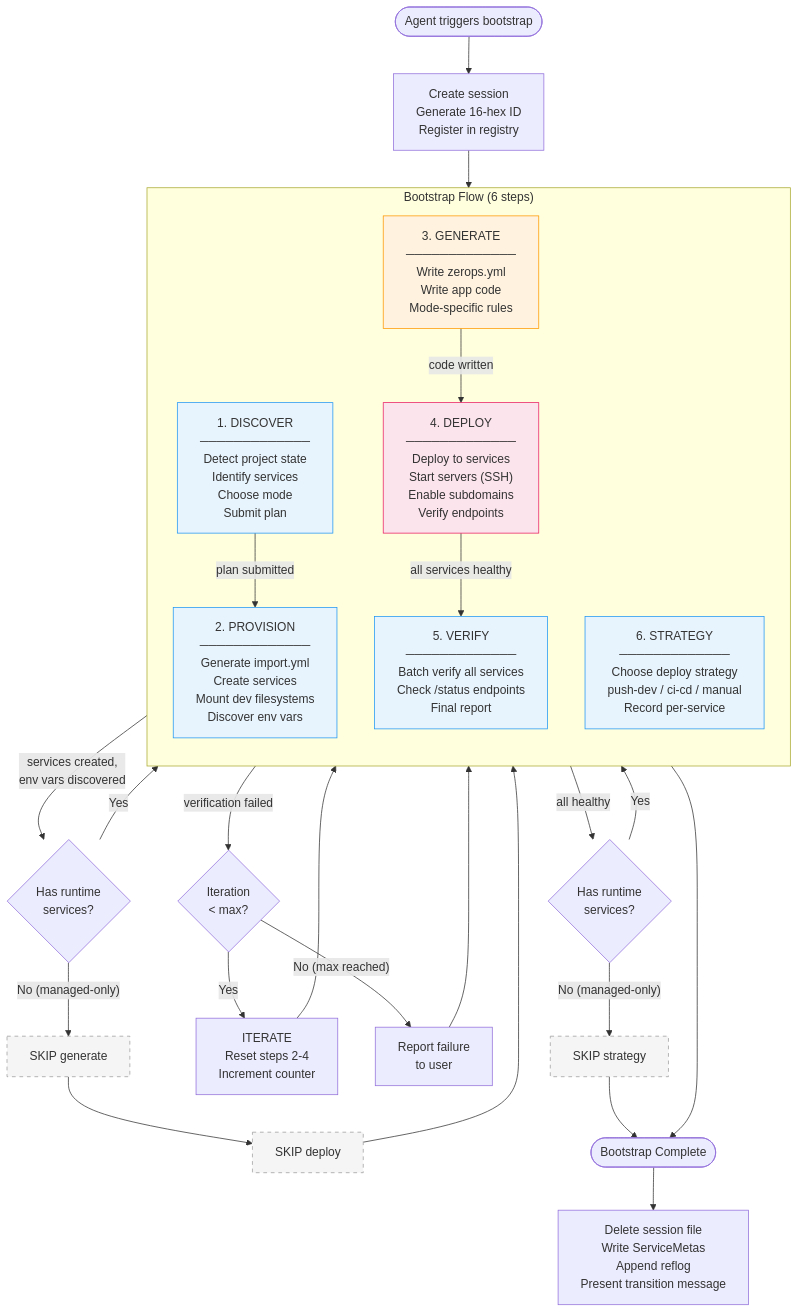
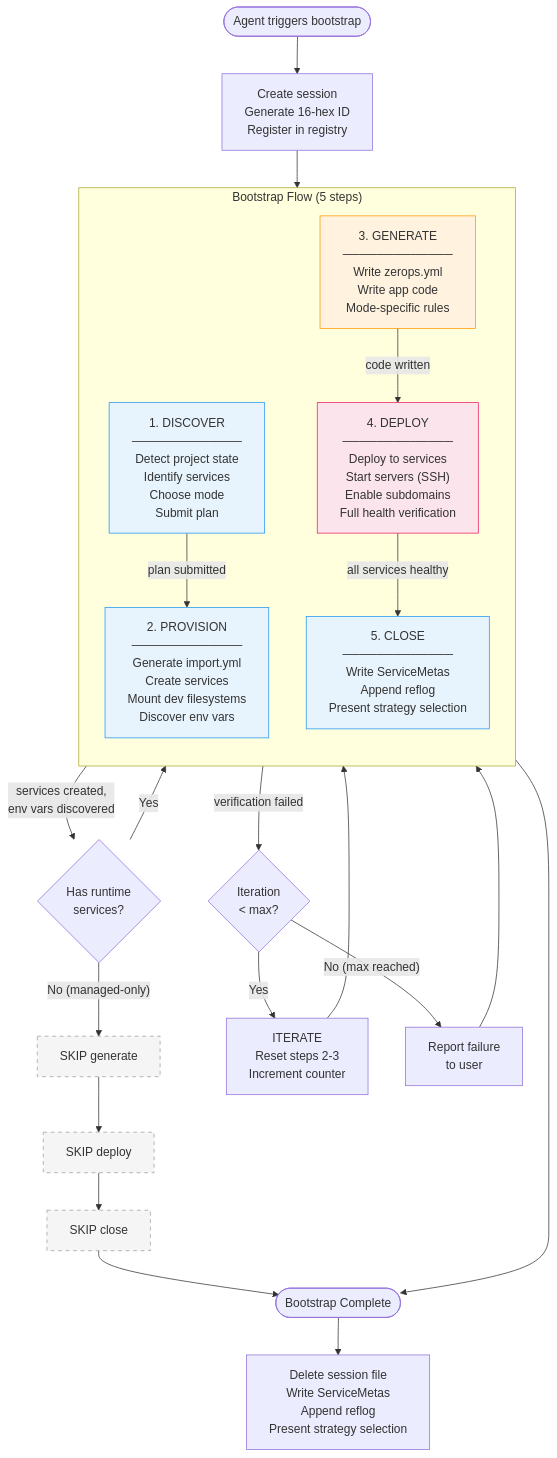
One commit to zeropsio/zcp changed the second of 8 diagrams in docs/spec-bootstrap-deploy.md. Above: the diagram before and after it, drawn with Mermaid. The commit also changed other lines of this file and 1 other file, not shown here.

First line of the commit message:
docs: update spec to 5-step bootstrap, add strategy gate, simplify plan

````diff
--- a/docs/spec-bootstrap-deploy.md
+++ b/docs/spec-bootstrap-deploy.md
@@ -72,56 +73,49 @@
 ```mermaid
 flowchart TD
     Start([Agent triggers bootstrap]) --> CreateSession["Create session<br/>Generate 16-hex ID<br/>Register in registry"]
     CreateSession --> Discover
 
-    subgraph Bootstrap ["Bootstrap Flow (6 steps)"]
+    subgraph Bootstrap ["Bootstrap Flow (5 steps)"]
         direction TB
         Discover["1. DISCOVER<br/>─────────────<br/>Detect project state<br/>Identify services<br/>Choose mode<br/>Submit plan"]
 
         Provision["2. PROVISION<br/>─────────────<br/>Generate import.yml<br/>Create services<br/>Mount dev filesystems<br/>Discover env vars"]
 
         Generate["3. GENERATE<br/>─────────────<br/>Write zerops.yml<br/>Write app code<br/>Mode-specific rules"]
 
-        Deploy["4. DEPLOY<br/>─────────────<br/>Deploy to services<br/>Start servers (SSH)<br/>Enable subdomains<br/>Verify endpoints"]
+        Deploy["4. DEPLOY<br/>─────────────<br/>Deploy to services<br/>Start servers (SSH)<br/>Enable subdomains<br/>Full health verification"]
 
-        Verify["5. VERIFY<br/>─────────────<br/>Batch verify all services<br/>Check /status endpoints<br/>Final report"]
-
-        Strategy["6. STRATEGY<br/>─────────────<br/>Choose deploy strategy<br/>push-dev / ci-cd / manual<br/>Record per-service"]
+        Close["5. CLOSE<br/>─────────────<br/>Write ServiceMetas<br/>Append reflog<br/>Present strategy selection"]
     end
 
     Discover -->|"plan submitted"| Provision
     Provision -->|"services created,<br/>env vars discovered"| ModeCheck{Has runtime<br/>services?}
 
     ModeCheck -->|Yes| Generate
     ModeCheck -->|"No (managed-only)"| SkipGen["SKIP generate"]
     SkipGen --> SkipDeploy["SKIP deploy"]
-    SkipDeploy --> Verify
+    SkipDeploy --> SkipClose["SKIP close"]
 
     Generate -->|"code written"| Deploy
-    Deploy -->|"all services healthy"| Verify
+    Deploy -->|"all services healthy"| Close
 
     Deploy -->|"verification failed"| IterCheck{Iteration<br/>< max?}
-    IterCheck -->|Yes| Iterate["ITERATE<br/>Reset steps 2-4<br/>Increment counter"]
+    IterCheck -->|Yes| Iterate["ITERATE<br/>Reset steps 2-3<br/>Increment counter"]
     Iterate --> Generate
     IterCheck -->|"No (max reached)"| FailReport["Report failure<br/>to user"]
-    FailReport --> Verify
+    FailReport --> Close
 
-    Verify -->|"all healthy"| StratCheck{Has runtime<br/>services?}
-    StratCheck -->|Yes| Strategy
-    StratCheck -->|"No (managed-only)"| SkipStrat["SKIP strategy"]
+    SkipClose --> Complete
+    Close --> Complete
 
-    Strategy --> Complete
-    SkipStrat --> Complete
-
-    Complete([Bootstrap Complete]) --> Cleanup["Delete session file<br/>Write ServiceMetas<br/>Append reflog<br/>Present transition message"]
+    Complete([Bootstrap Complete]) --> Cleanup["Delete session file<br/>Write ServiceMetas<br/>Append reflog<br/>Present strategy selection"]
 
     style Discover fill:#e8f4fd,stroke:#2196F3
     style Provision fill:#e8f4fd,stroke:#2196F3
     style Generate fill:#fff3e0,stroke:#FF9800
     style Deploy fill:#fce4ec,stroke:#E91E63
-    style Verify fill:#e8f4fd,stroke:#2196F3
-    style Strategy fill:#e8f4fd,stroke:#2196F3
+    style Close fill:#e8f4fd,stroke:#2196F3
     style SkipGen fill:#f5f5f5,stroke:#9e9e9e,stroke-dasharray: 5 5
     style SkipDeploy fill:#f5f5f5,stroke:#9e9e9e,stroke-dasharray: 5 5
-    style SkipStrat fill:#f5f5f5,stroke:#9e9e9e,stroke-dasharray: 5 5
+    style SkipClose fill:#f5f5f5,stroke:#9e9e9e,stroke-dasharray: 5 5
 ```
````
